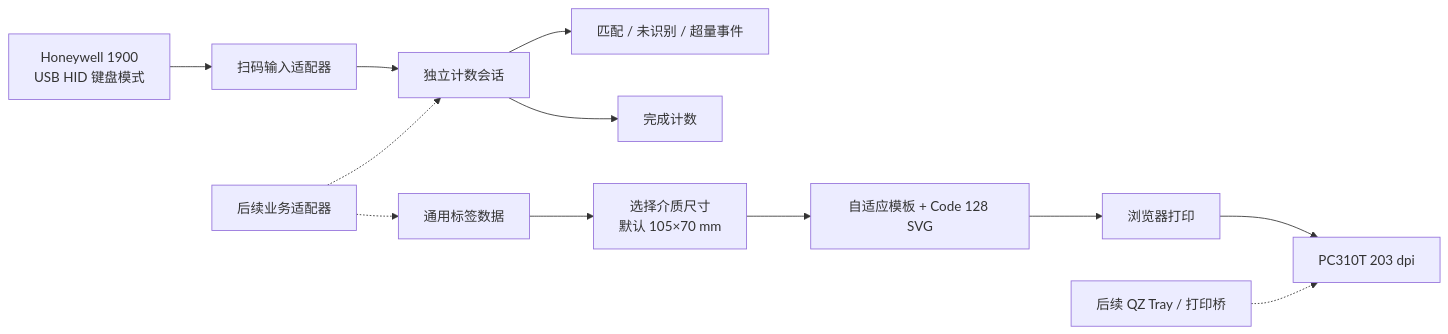
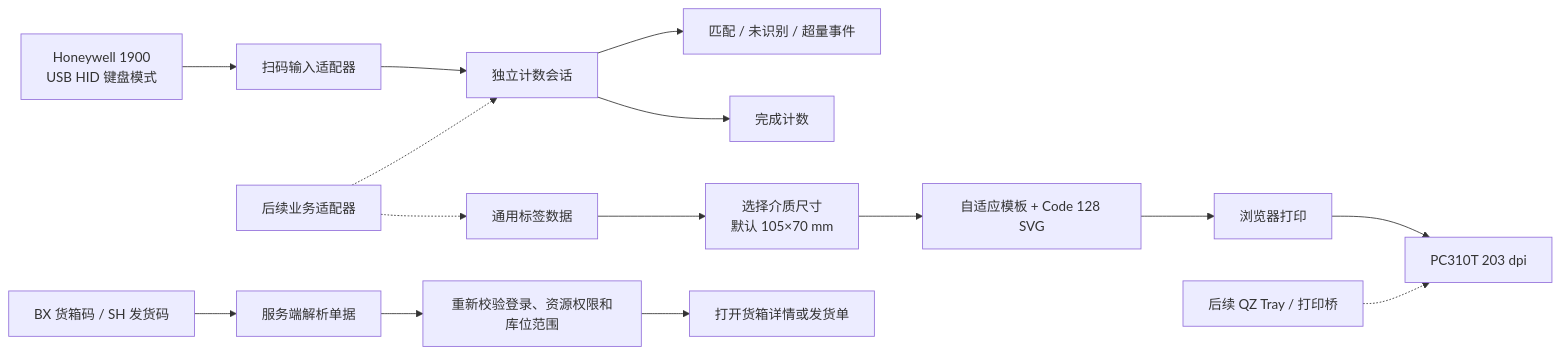
One commit to goldf2/mes-lite changed the second of 18 diagrams in docs/minierp/system-function-flow.md. Above: the diagram before and after it, drawn with Mermaid. The commit also changed other lines of this file and 53 other files, not shown here.

````diff
--- a/docs/minierp/system-function-flow.md
+++ b/docs/minierp/system-function-flow.md
@@ -157,16 +157,20 @@
 ```mermaid
 flowchart LR
   A["Honeywell 1900<br/>USB HID 键盘模式"] --> B["扫码输入适配器"]
   B --> C["独立计数会话"]
   C --> D["匹配 / 未识别 / 超量事件"]
   C --> E["完成计数"]
 
   F["通用标签数据"] --> G["选择介质尺寸<br/>默认 105×70 mm"]
   G --> H["自适应模板 + Code 128 SVG"]
   H --> I["浏览器打印"]
   I --> J["PC310T 203 dpi"]
 
+  M["BX 货箱码 / SH 发货码"] --> N["服务端解析单据"]
+  N --> O["重新校验登录、资源权限和库位范围"]
+  O --> P["打开货箱详情或发货单"]
+
   K["后续业务适配器"] -.-> C
   K -.-> F
   L["后续 QZ Tray / 打印桥"] -.-> J
 ```
````
